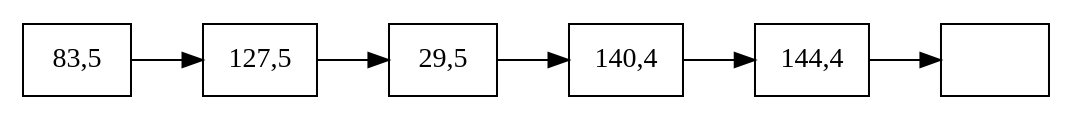
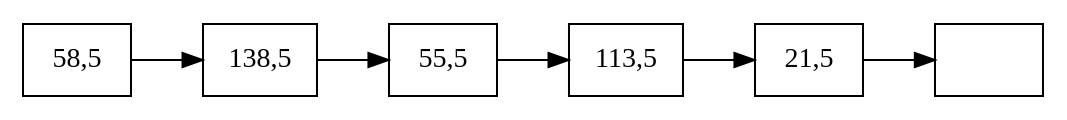
Before and after one commit to olgt/EDD_1S2019_P1_201612341: the diagram in PointsReport.dot, drawn with Graphviz. The commit also changed 11 other files, not shown here.

```diff
--- a/PointsReport.dot
+++ b/PointsReport.dot
@@ -1,15 +1,15 @@
 digraph firstGraph{
 node [shape = record];
 rankdir=LR;
-node0 [label=" 83,5 "];
+node0 [label=" 58,5 "];
 node0 -> node1;
-node1 [label=" 127,5 "];
+node1 [label=" 138,5 "];
 node1 -> node2;
-node2 [label=" 29,5 "];
+node2 [label=" 55,5 "];
 node2 -> node3;
-node3 [label=" 140,4 "];
+node3 [label=" 113,5 "];
 node3 -> node4;
-node4 [label=" 144,4 "];
+node4 [label=" 21,5 "];
 node4 -> node5;
 node5 [label="   "];
 }
```
